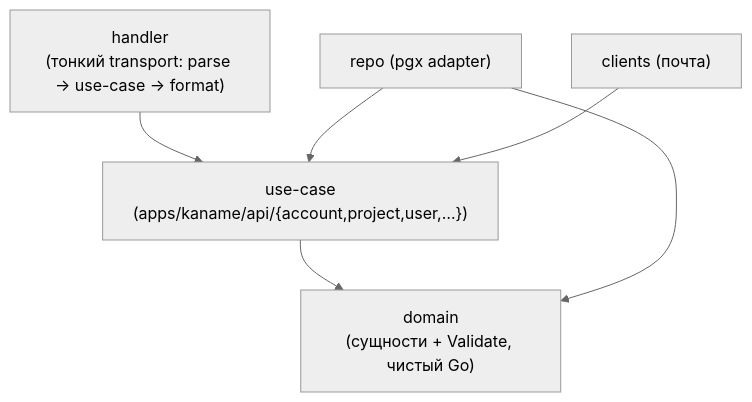
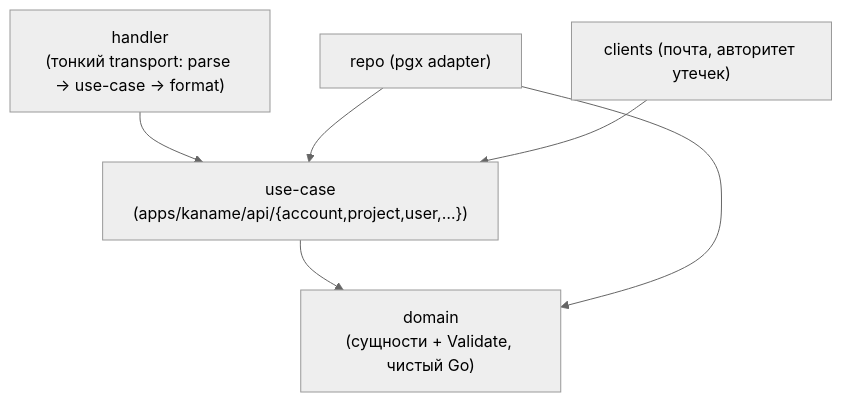
One commit to PRO-Robotech/kaname changed the first of 2 diagrams in docs/content/architecture/overview.mdx. Above: the diagram before and after it, drawn with Mermaid (neutral theme). The commit also changed other lines of this file and 1 other file, not shown here.

First line of the commit message:
#804 docs: исходящие рёбра службы — Postgres, почтовый узел и авторитет утечек

````diff
--- a/docs/content/architecture/overview.mdx
+++ b/docs/content/architecture/overview.mdx
@@ -21,8 +21,8 @@
 ```mermaid
 flowchart TD
   handler["handler<br/>(тонкий transport: parse → use-case → format)"] --> uc["use-case<br/>(apps/kaname/api/{account,project,user,…})"]
   repo["repo (pgx adapter)"] --> uc
-  clients["clients (почта)"] --> uc
+  clients["clients (почта, авторитет утечек)"] --> uc
   uc --> domain["domain<br/>(сущности + Validate, чистый Go)"]
   repo --> domain
 ```
````
